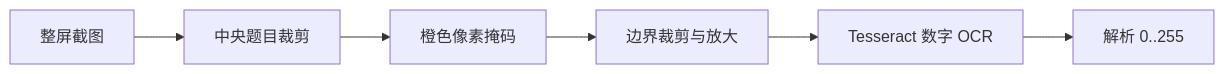
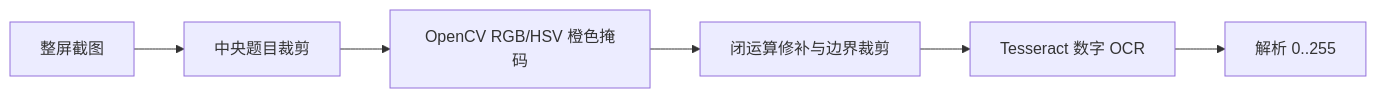
One commit to sinxy-sai/turing-complete-guide changed the second of 2 diagrams in docs/binary-speedrun.md. Above: the diagram before and after it, drawn with Mermaid. The commit also changed other lines of this file and 3 other files, not shown here.

````diff
--- a/docs/binary-speedrun.md
+++ b/docs/binary-speedrun.md
@@ -71,8 +71,8 @@
 ```mermaid
 flowchart LR
     A[整屏截图] --> B[中央题目裁剪]
-    B --> C[橙色像素掩码]
-    C --> D[边界裁剪与放大]
+    B --> C[OpenCV RGB/HSV 橙色掩码]
+    C --> D[闭运算修补与边界裁剪]
     D --> E[Tesseract 数字 OCR]
     E --> F[解析 0..255]
 ```
````
